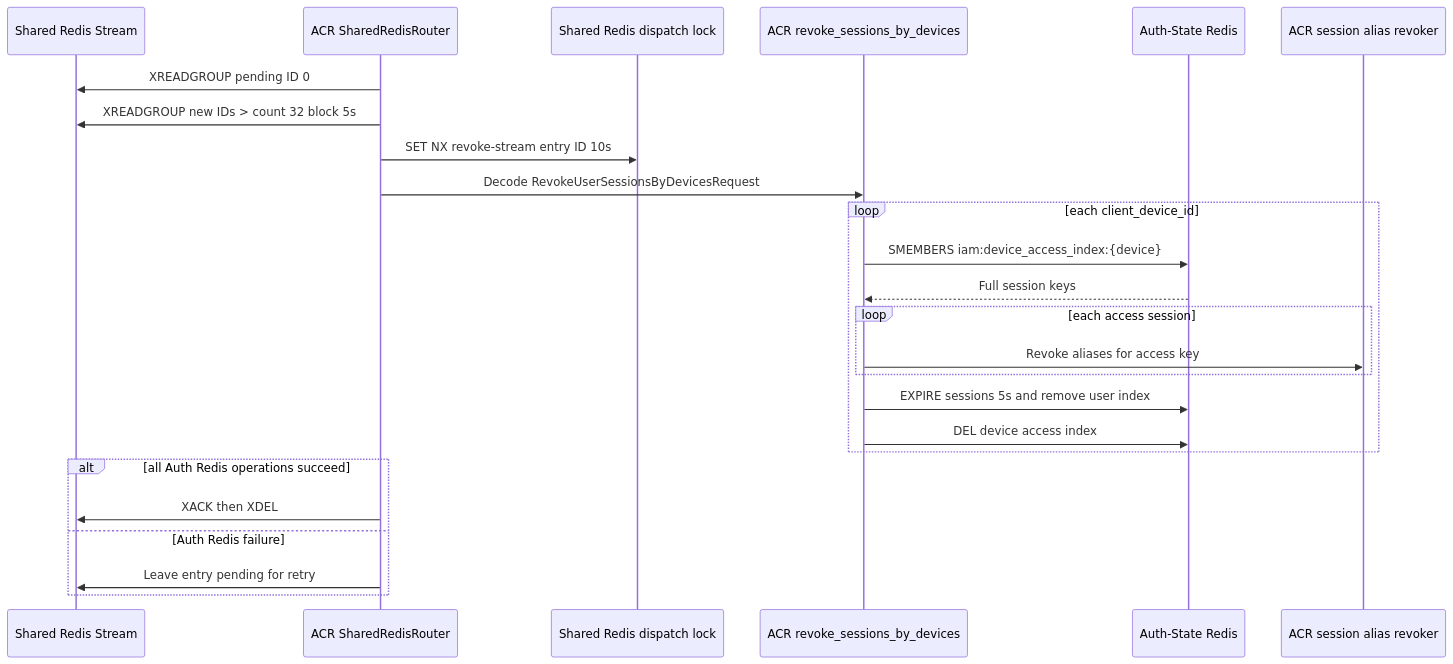
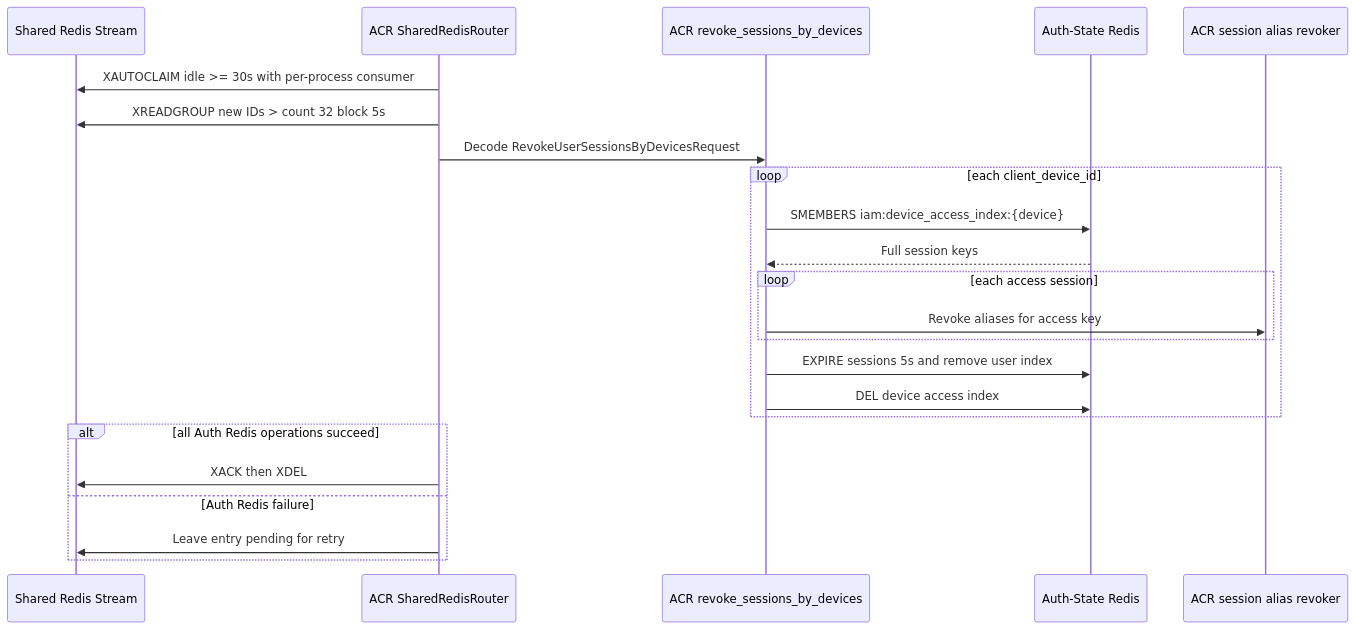
The third of 3 diagrams in god_view/iam/user_device_revoke_god_view_workflow.md (phucle996/aurora), drawn with Mermaid before and after one commit. The commit also changed other lines of this file and 14 other files, not shown here.

````diff
--- a/god_view/iam/user_device_revoke_god_view_workflow.md
+++ b/god_view/iam/user_device_revoke_god_view_workflow.md
@@ -217,28 +219,26 @@
 ```mermaid
 sequenceDiagram
     participant Stream as Shared Redis Stream
     participant Router as ACR SharedRedisRouter
-    participant Fence as Shared Redis dispatch lock
     participant Revoke as ACR revoke_sessions_by_devices
     participant Auth as Auth-State Redis
     participant Alias as ACR session alias revoker
 
-    Router->>Stream: XREADGROUP pending ID 0
+    Router->>Stream: XAUTOCLAIM idle >= 30s with per-process consumer
     Router->>Stream: XREADGROUP new IDs > count 32 block 5s
-    Router->>Fence: SET NX revoke-stream entry ID 10s
     Router->>Revoke: Decode RevokeUserSessionsByDevicesRequest
     loop each client_device_id
         Revoke->>Auth: SMEMBERS iam:device_access_index:{device}
         Auth-->>Revoke: Full session keys
         loop each access session
             Revoke->>Alias: Revoke aliases for access key
         end
         Revoke->>Auth: EXPIRE sessions 5s and remove user index
         Revoke->>Auth: DEL device access index
     end
     alt all Auth Redis operations succeed
         Router->>Stream: XACK then XDEL
     else Auth Redis failure
         Router->>Stream: Leave entry pending for retry
     end
 ```
````
